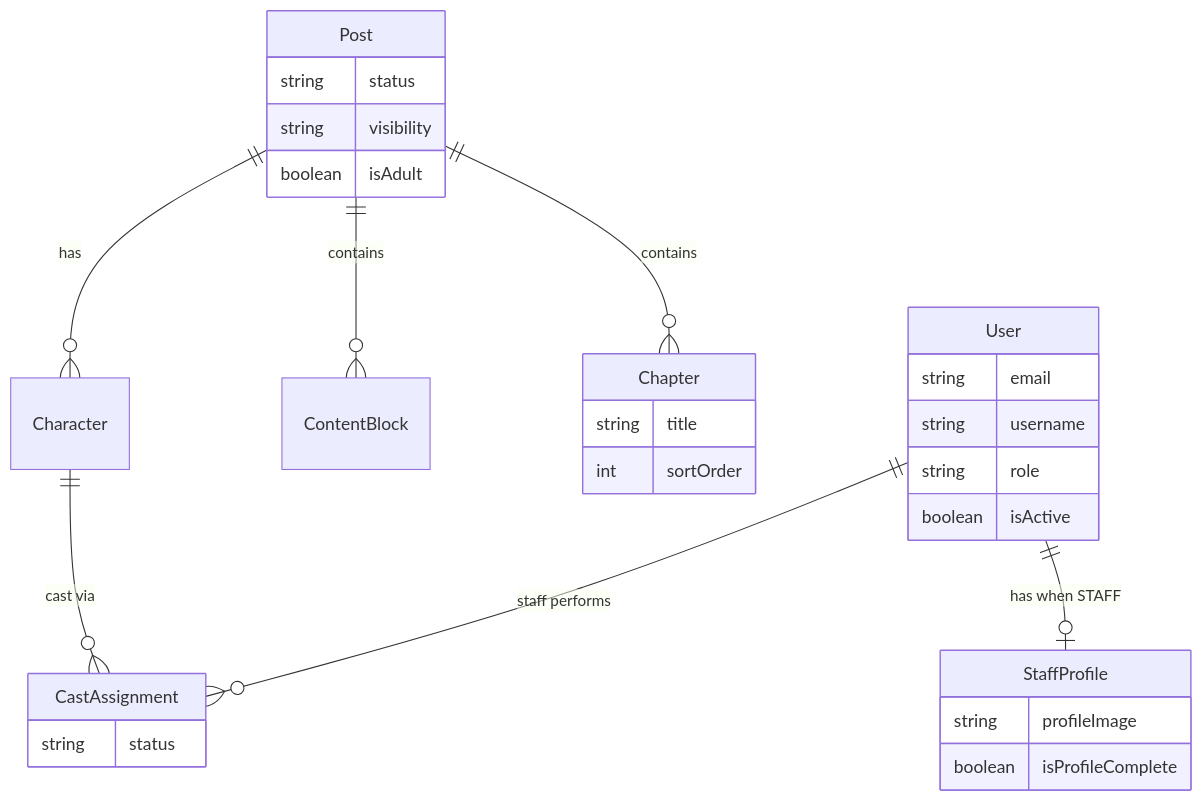
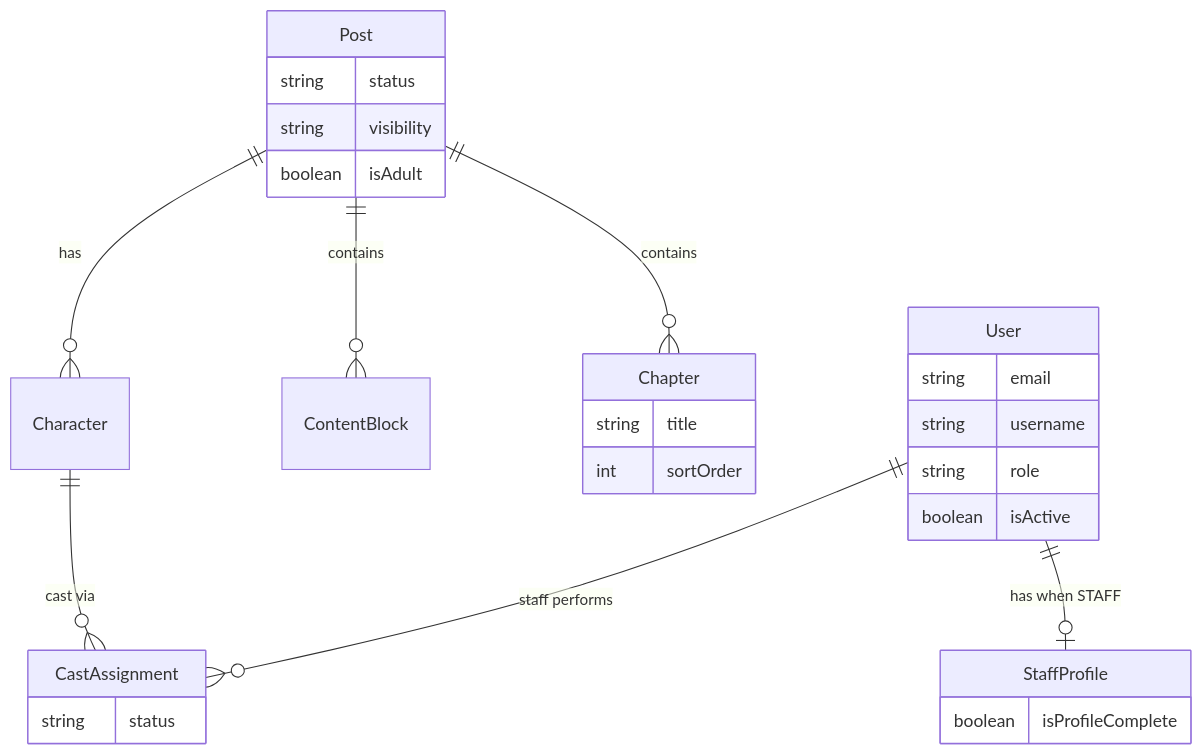
The first of 2 diagrams in docs/PROJECT_PLAN.md (RDayalMunda/My-Verse-Backend), drawn with Mermaid before and after one commit. The commit also changed other lines of this file and 25 other files, not shown here.

````diff
--- a/docs/PROJECT_PLAN.md
+++ b/docs/PROJECT_PLAN.md
@@ -452,37 +455,36 @@
 ```mermaid
 erDiagram
     User ||--o| StaffProfile : "has when STAFF"
     User {
         string email
         string username
         string role
         boolean isActive
     }
 
     StaffProfile {
-        string profileImage
         boolean isProfileComplete
     }
 
     Post ||--o{ ContentBlock : contains
     Post ||--o{ Chapter : contains
     Post ||--o{ Character : has
 
     Character ||--o{ CastAssignment : "cast via"
     User ||--o{ CastAssignment : "staff performs"
 
     Post {
         string status
         string visibility
         boolean isAdult
     }
 
     Chapter {
         string title
         int sortOrder
     }
 
     CastAssignment {
         string status
     }
 ```
````
